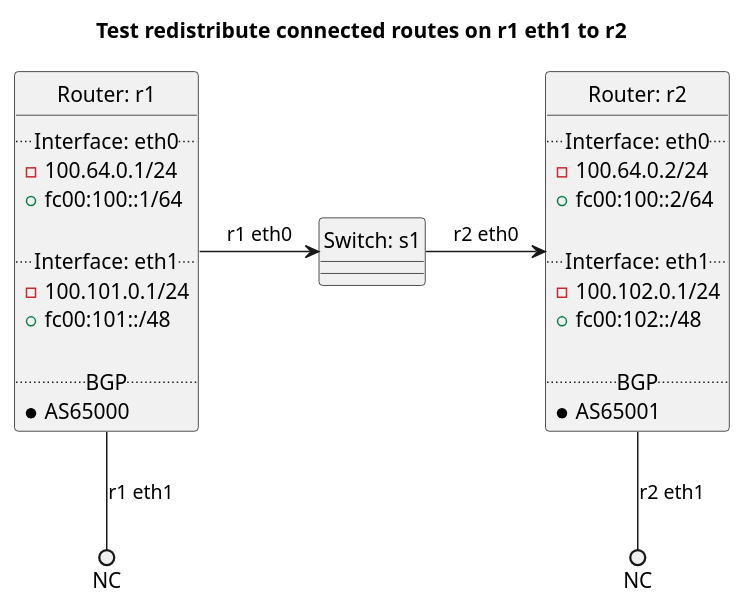
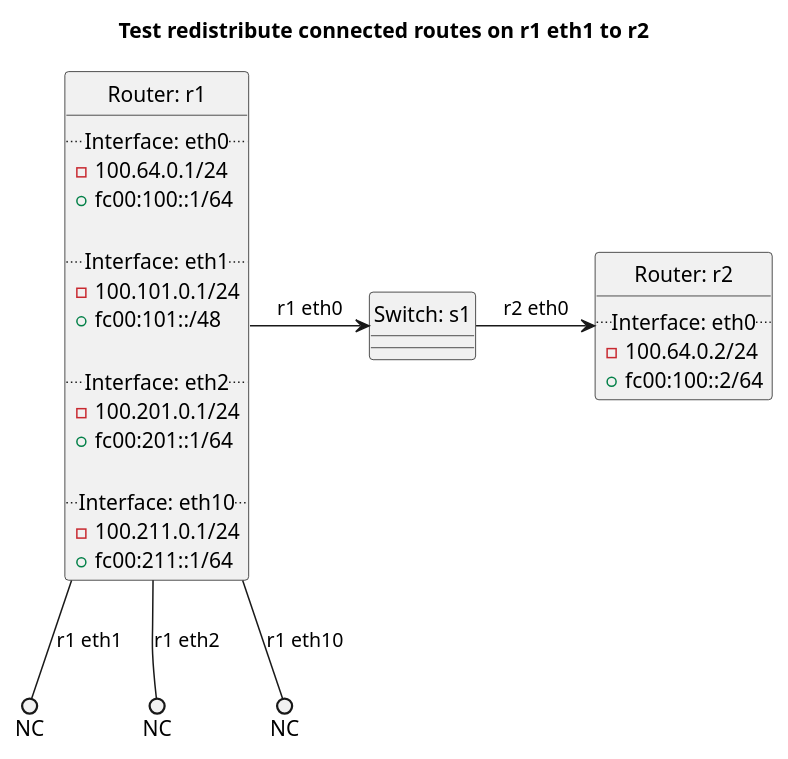
The diagram in tests/t40_bgp/t30_redistribute_connected/README.md (oscdev-io/birdplan), drawn with PlantUML before and after one commit. The commit also changed other lines of this file and 327 other files, not shown here.

````diff
--- a/tests/t40_bgp/t30_redistribute_connected/README.md
+++ b/tests/t40_bgp/t30_redistribute_connected/README.md
@@ -8,44 +33,43 @@
 ```plantuml
 @startuml
 hide circle
 title Test redistribute connected routes on r1 eth1 to r2
 
 
 class "Router: r1" {
   .. Interface: eth0 ..
 - 100.64.0.1/24
 + fc00:100::1/64
 
   .. Interface: eth1 ..
 - 100.101.0.1/24
 + fc00:101::/48
 
-  .. BGP ..
-* AS65000
+  .. Interface: eth2 ..
+- 100.201.0.1/24
++ fc00:201::1/64
+
+  .. Interface: eth10 ..
+- 100.211.0.1/24
++ fc00:211::1/64
 }
 
 
 class "Router: r2" {
   .. Interface: eth0 ..
 - 100.64.0.2/24
 + fc00:100::2/64
-
-  .. Interface: eth1 ..
-- 100.102.0.1/24
-+ fc00:102::/48
-
-  .. BGP ..
-* AS65001
 }
 
 
 class "Switch: s1" {}
 
 
 "Router: r1" -> "Switch: s1": r1 eth0
 "Switch: s1" -> "Router: r2": r2 eth0
 "Router: r1" --() NC: r1 eth1
-"Router: r2" --() NC: r2 eth1
+"Router: r1" --() NC: r1 eth2
+"Router: r1" --() NC: r1 eth10
 
 @enduml
 ```
````
